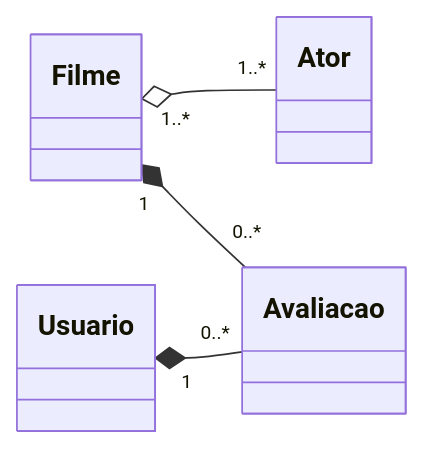
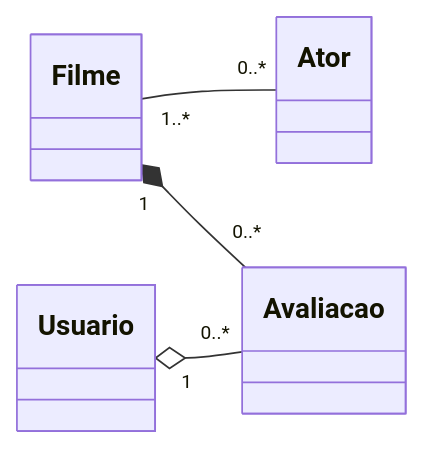
Before and after one commit to kaleu-b/poo: the diagram in lab04/questao02/readme.md, drawn with Mermaid. The commit also changed 42 other files, not shown here.

Commit message:
Adicionando classDiagrams e implementações de alguns exercicios do lab04

````diff
--- a/lab04/questao02/readme.md
+++ b/lab04/questao02/readme.md
@@ -1,24 +1,24 @@
 ```mermaid
     classDiagram
     direction LR 
     
     class Filme {
         
     }
     
     class Ator{
         
     }
     
     class Avaliacao{
         
     }
     
     class Usuario{
         
     }
     
-    Filme "1..*" o-- "1..*" Ator
+    Filme "1..*" -- "0..*" Ator
     Filme "1" *-- "0..*" Avaliacao
-    Usuario "1" *-- "0..*" Avaliacao
+    Usuario "1" o-- "0..*" Avaliacao
 ```
````
